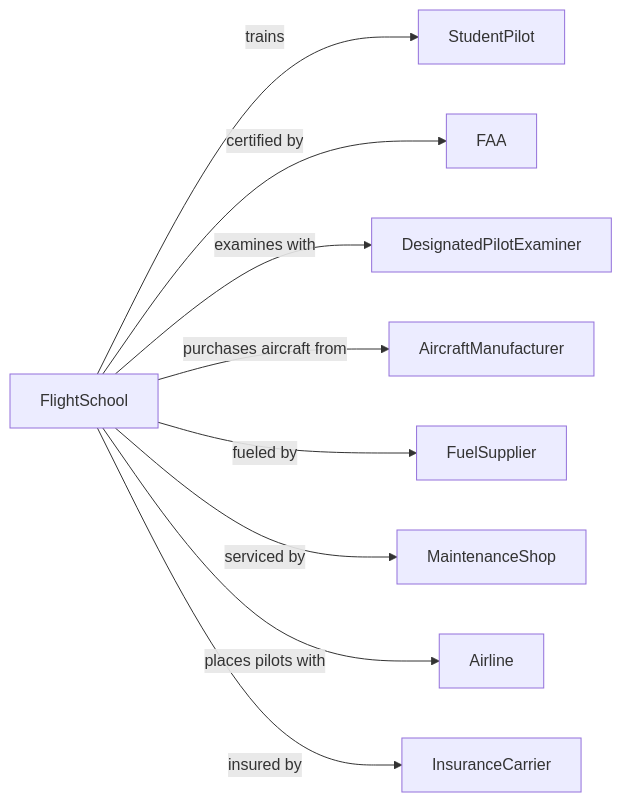
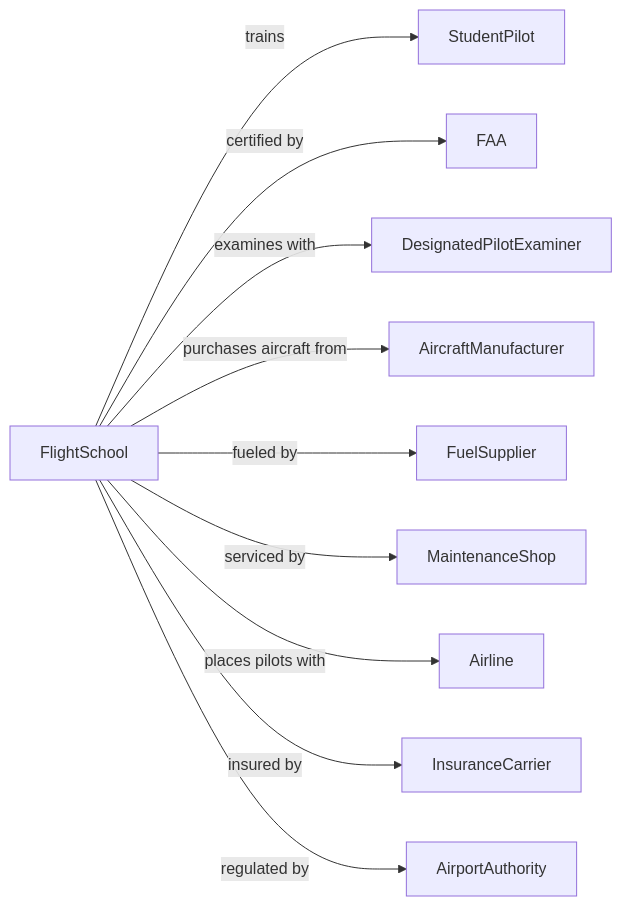
One commit to dot-org-ai/industries.org.ai changed the second of 2 diagrams in Education/Education/TechnicalAndTradeSchools/FlightTraining.mdx. Above: the diagram before and after it, drawn with Mermaid. The commit also changed 588 other files, not shown here.

````diff
--- a/Education/Education/TechnicalAndTradeSchools/FlightTraining.mdx
+++ b/Education/Education/TechnicalAndTradeSchools/FlightTraining.mdx
@@ -143,13 +143,14 @@
 ```mermaid
 graph LR
     S[FlightSchool]
 
     S -->|trains| StudentPilot
     S -->|certified by| FAA
     S -->|examines with| DesignatedPilotExaminer
     S -->|purchases aircraft from| AircraftManufacturer
     S -->|fueled by| FuelSupplier
     S -->|serviced by| MaintenanceShop
     S -->|places pilots with| Airline
     S -->|insured by| InsuranceCarrier
+    S -->|regulated by| AirportAuthority
 ```
````
